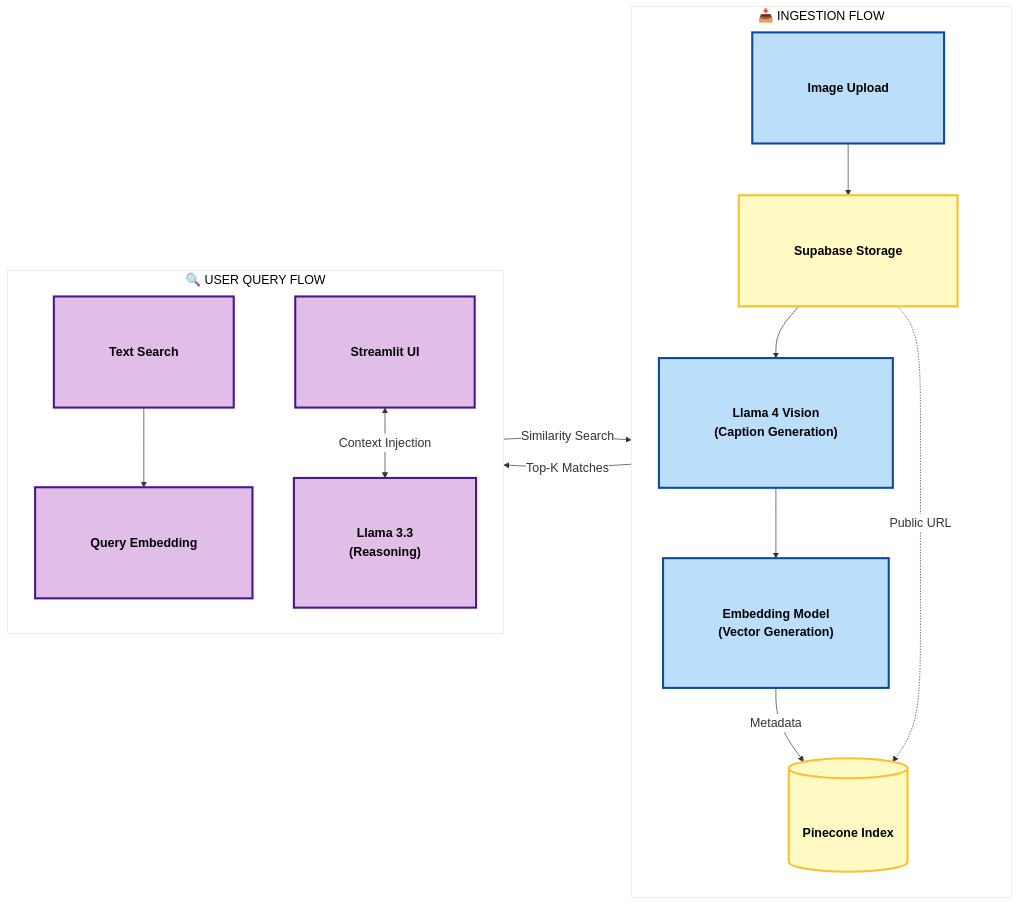
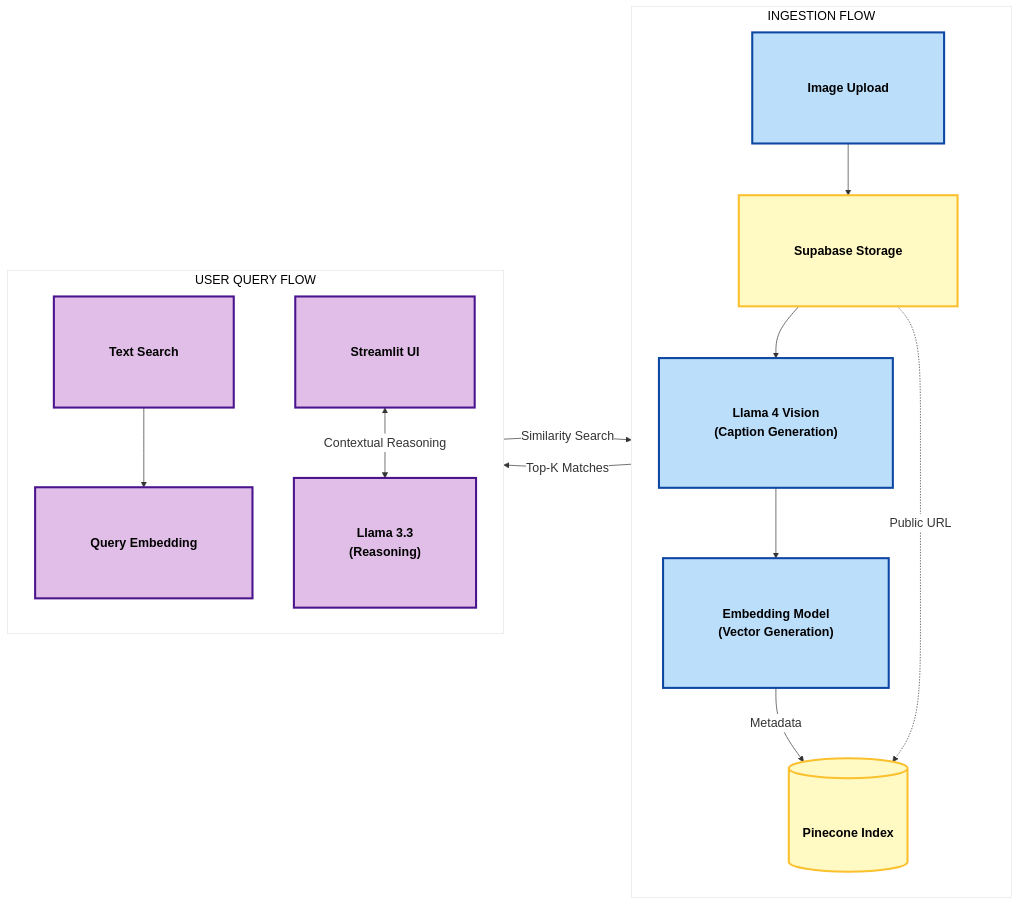
Before and after one commit to bkqz/digital-asset-manager: the diagram in README.md, drawn with Mermaid.

Commit message:
update architecture diagram v3

````diff
--- a/README.md
+++ b/README.md
@@ -23,48 +23,48 @@
 ```mermaid
 %%{init: { 
   'theme': 'base',
   'themeVariables': {
     'fontSize': '18px',
     'fontFamily': 'arial',
     'primaryColor': '#ffffff',
     'primaryBorderColor': '#000000',
     'lineColor': '#333333'
   },
   'flowchart': {
     'htmlLabels': true,
     'curve': 'basis',
     'nodeSpacing': 60,
     'padding': 40
   }
 }}%%
 
 flowchart LR
     %% Accessible Class Definitions with forced padding
     classDef ingestion fill:#BBDEFB,stroke:#0D47A1,stroke-width:3px,color:#000000,font-weight:bold,padding:15px;
     classDef storage fill:#FFF9C4,stroke:#FBC02D,stroke-width:3px,color:#000000,font-weight:bold,padding:15px;
     classDef query fill:#E1BEE7,stroke:#4A148C,stroke-width:3px,color:#000000,font-weight:bold,padding:15px;
 
-    subgraph INGESTION ["📥 INGESTION FLOW"]
+    subgraph INGESTION ["INGESTION FLOW"]
         direction TB
         A["`**Image Upload**`"] --> B["`**Supabase Storage**`"]
         B --> C["`**Llama 4 Vision**<br/>(Caption Generation)`"]
         C --> D["`**Embedding Model**<br/>(Vector Generation)`"]
         D -- "Metadata" --> E[(Pinecone Index)]
     end
 
-    subgraph QUERY ["🔍 USER QUERY FLOW"]
+    subgraph QUERY ["USER QUERY FLOW"]
         direction TB
         F["`**Text Search**`"] --> G["`**Query Embedding**`"]
         G -- "Similarity Search" --> E
         E -- "Top-K Matches" --> H["`**Streamlit UI**`"]
-        H <-- "Context Injection" --> I["`**Llama 3.3**<br/>(Reasoning)`"]
+        H <-- "Contextual Reasoning" --> I["`**Llama 3.3**<br/>(Reasoning)`"]
     end
 
     %% Interaction Link
     B -. "Public URL" .-> E
     
     %% Applying Classes
     class A,C,D ingestion;
     class E,B storage;
     class F,G,H,I query;
 ```
````
